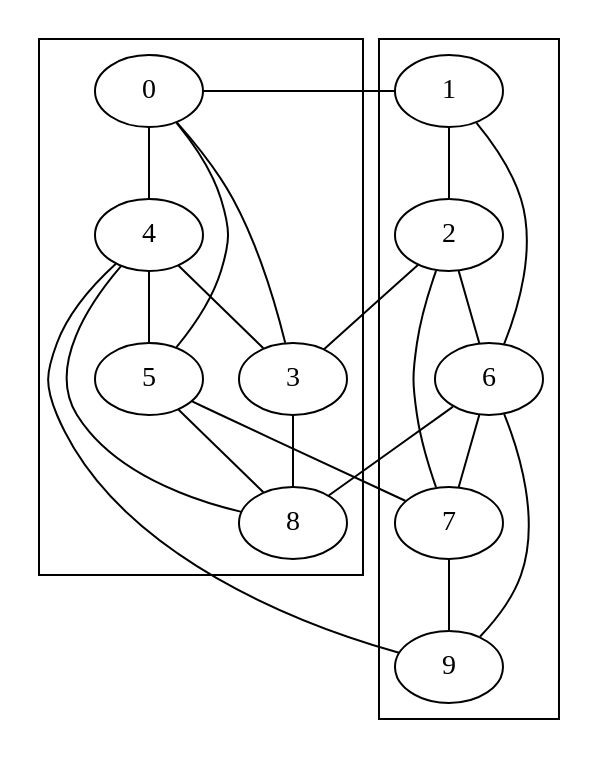
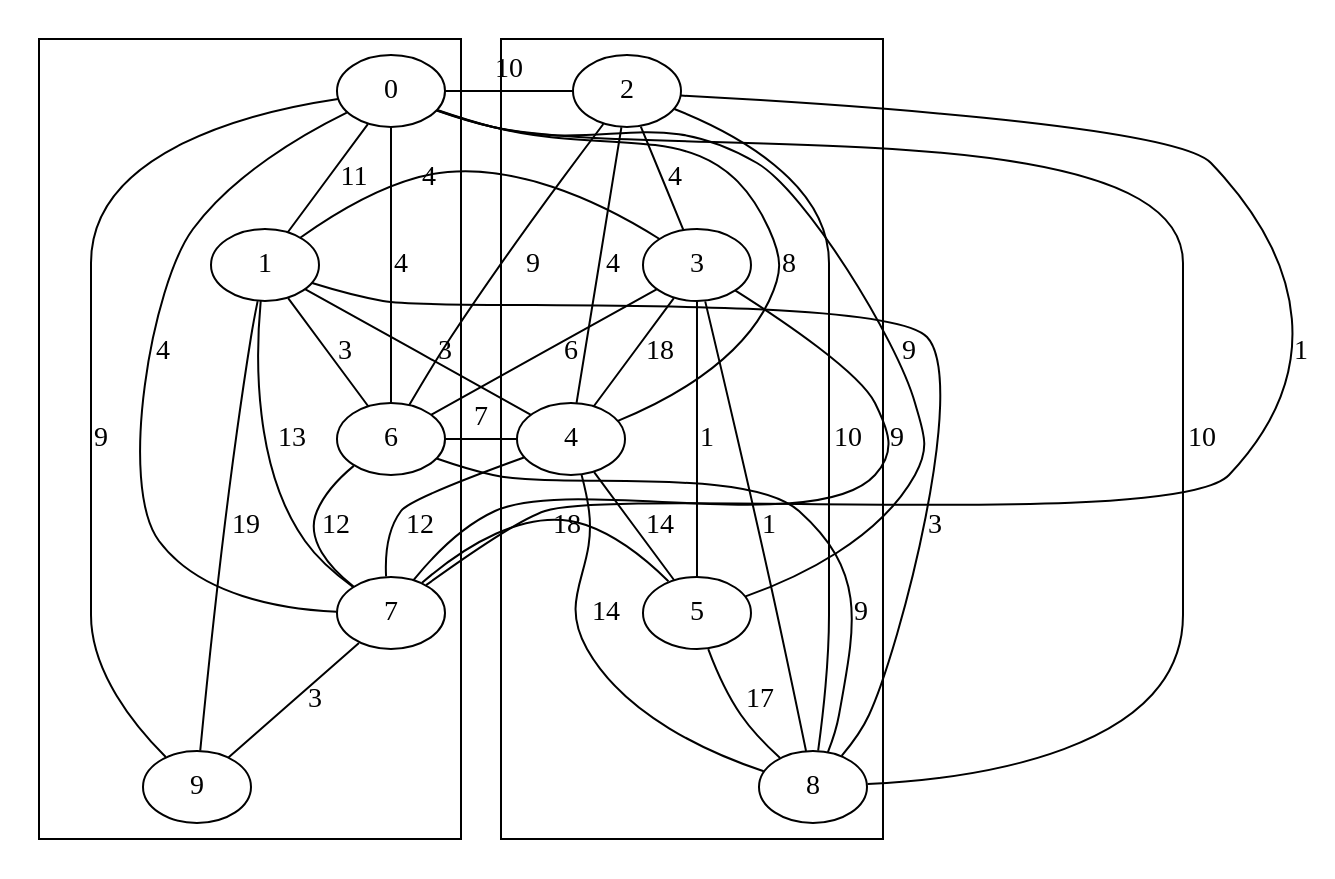
Before and after one commit to lrodrin/masterAI: the diagram in A2/kernighan_lin/kl.dot, drawn with Graphviz. The commit also changed 32 other files, not shown here.

```diff
--- a/A2/kernighan_lin/kl.dot
+++ b/A2/kernighan_lin/kl.dot
@@ -1,42 +1,59 @@
 strict graph  {
 0;
 1;
+2;
+3;
 4;
 5;
-2;
 6;
-3;
 7;
 8;
 9;
-0 -- 1  [weight=3];
-0 -- 4  [weight=10];
-0 -- 5  [weight=2];
-1 -- 2  [weight=5];
-1 -- 6  [weight=2];
-4 -- 3  [weight=7];
-4 -- 5  [weight=4];
-4 -- 8  [weight=2];
-4 -- 9  [weight=8];
-5 -- 7  [weight=1];
-2 -- 3  [weight=8];
-2 -- 7  [weight=8];
-6 -- 8  [weight=7];
-6 -- 9  [weight=7];
-3 -- 8  [weight=8];
-7 -- 9  [weight=10];
+0 -- 1  [label=11];
+0 -- 2  [label=10];
+0 -- 4  [label=8];
+0 -- 5  [label=9];
+0 -- 6  [label=4];
+0 -- 7  [label=4];
+0 -- 8  [label=10];
+0 -- 9  [label=9];
+1 -- 3  [label=4];
+1 -- 4  [label=3];
+1 -- 6  [label=3];
+1 -- 7  [label=13];
+1 -- 8  [label=3];
+1 -- 9  [label=19];
+2 -- 3  [label=4];
+2 -- 4  [label=4];
+2 -- 6  [label=9];
+2 -- 7  [label=1];
+2 -- 8  [label=10];
+3 -- 4  [label=18];
+3 -- 5  [label=1];
+3 -- 6  [label=6];
+3 -- 7  [label=9];
+3 -- 8  [label=1];
+4 -- 5  [label=14];
+4 -- 6  [label=7];
+4 -- 7  [label=12];
+4 -- 8  [label=14];
+5 -- 7  [label=18];
+5 -- 8  [label=17];
+6 -- 7  [label=12];
+6 -- 8  [label=9];
+7 -- 9  [label=3];
 subgraph cluster_A {
-1 -- 2;
-2 -- 6;
+0 -- 1;
+1 -- 6;
 6 -- 7;
 7 -- 9;
 }
 
 subgraph cluster_B {
-0 -- 3;
+2 -- 3;
 3 -- 4;
 4 -- 5;
 5 -- 8;
 }
 
 }
```
